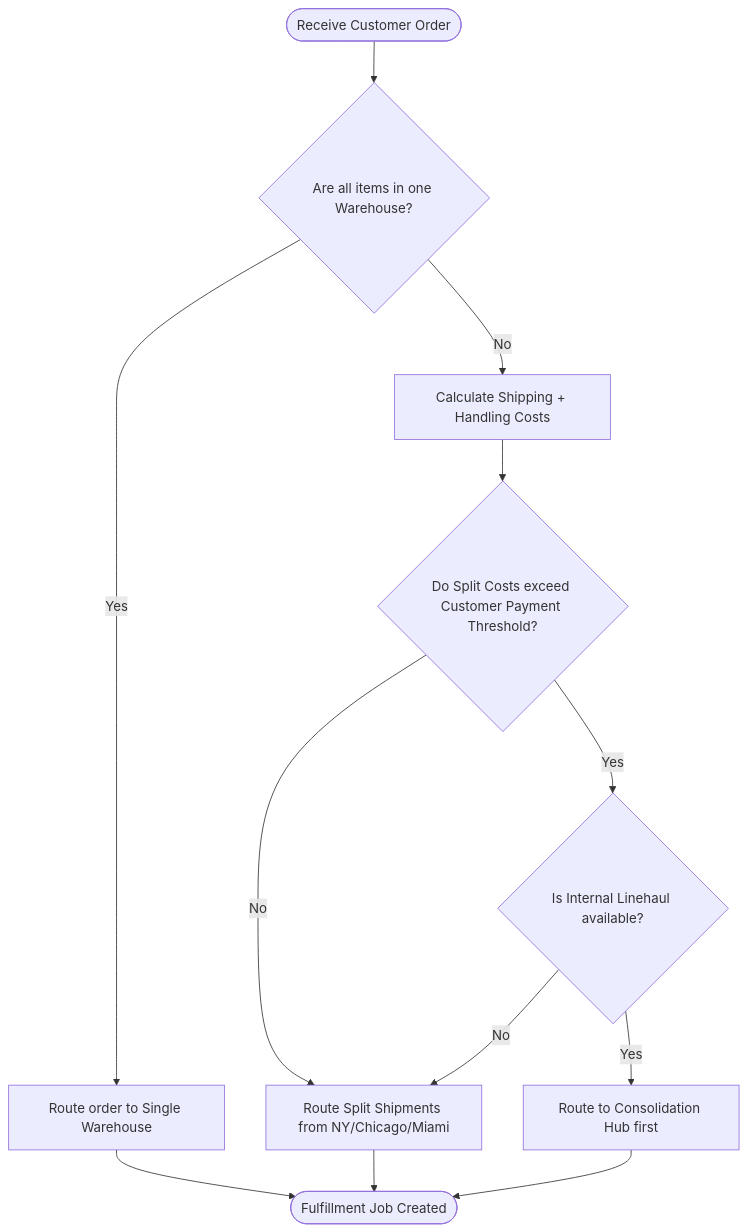
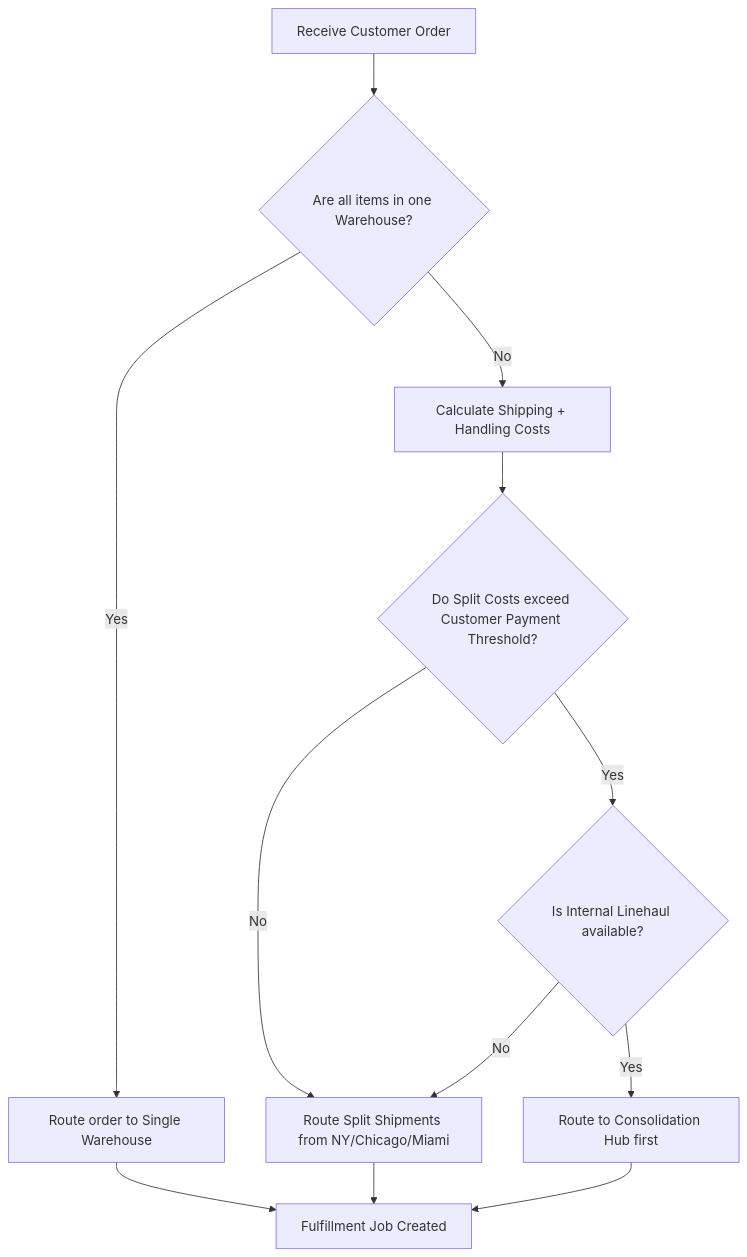
The diagram in content/series/ecommerce-order-allocation/part-5-split-consolidation-lastmile.md (vesviet/vesviet), drawn with Mermaid before and after one commit. The commit also changed other lines of this file and 280 other files, not shown here.

````diff
--- a/content/series/ecommerce-order-allocation/part-5-split-consolidation-lastmile.md
+++ b/content/series/ecommerce-order-allocation/part-5-split-consolidation-lastmile.md
@@ -53,14 +55,14 @@
 ```mermaid
 graph TD
-    Start([Receive Customer Order]) --> CheckStock{Are all items in one Warehouse?}
-    CheckStock -- Yes --> RouteDirect[Route order to Single Warehouse]
-    CheckStock -- No --> CalcCosts[Calculate Shipping + Handling Costs]
+    Start["Receive Customer Order"] --> CheckStock{Are all items in one Warehouse?}
+    CheckStock -->|"Yes"| RouteDirect[Route order to Single Warehouse]
+    CheckStock -->|"No"| CalcCosts[Calculate Shipping + Handling Costs]
     CalcCosts --> AssessThreshold{Do Split Costs exceed Customer Payment Threshold?}
-    AssessThreshold -- Yes --> CheckLinehaul{Is Internal Linehaul available?}
-    AssessThreshold -- No --> RouteSplit[Route Split Shipments from NY/Chicago/Miami]
-    CheckLinehaul -- Yes --> RouteConsolidation[Route to Consolidation Hub first]
-    CheckLinehaul -- No --> RouteSplit
-    RouteDirect --> End([Fulfillment Job Created])
+    AssessThreshold -->|"Yes"| CheckLinehaul{Is Internal Linehaul available?}
+    AssessThreshold -->|"No"| RouteSplit["Route Split Shipments from NY/Chicago/Miami"]
+    CheckLinehaul -->|"Yes"| RouteConsolidation[Route to Consolidation Hub first]
+    CheckLinehaul -->|"No"| RouteSplit
+    RouteDirect --> End["Fulfillment Job Created"]
     RouteSplit --> End
     RouteConsolidation --> End
 ```
````
